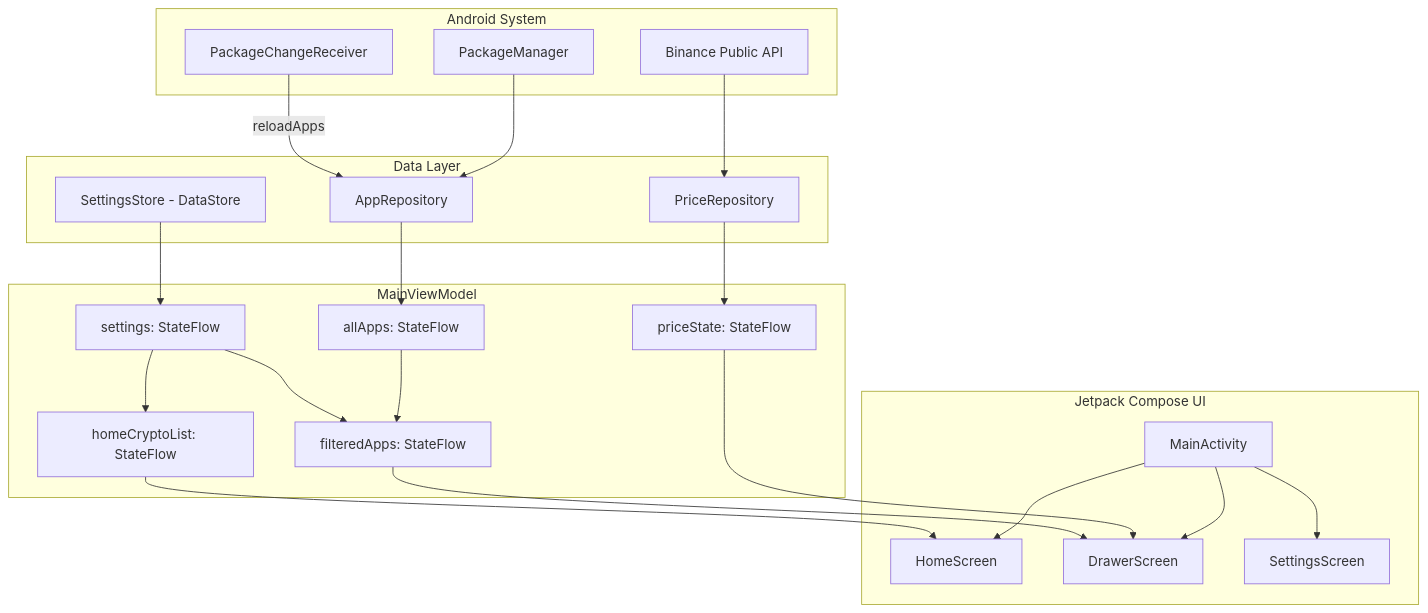
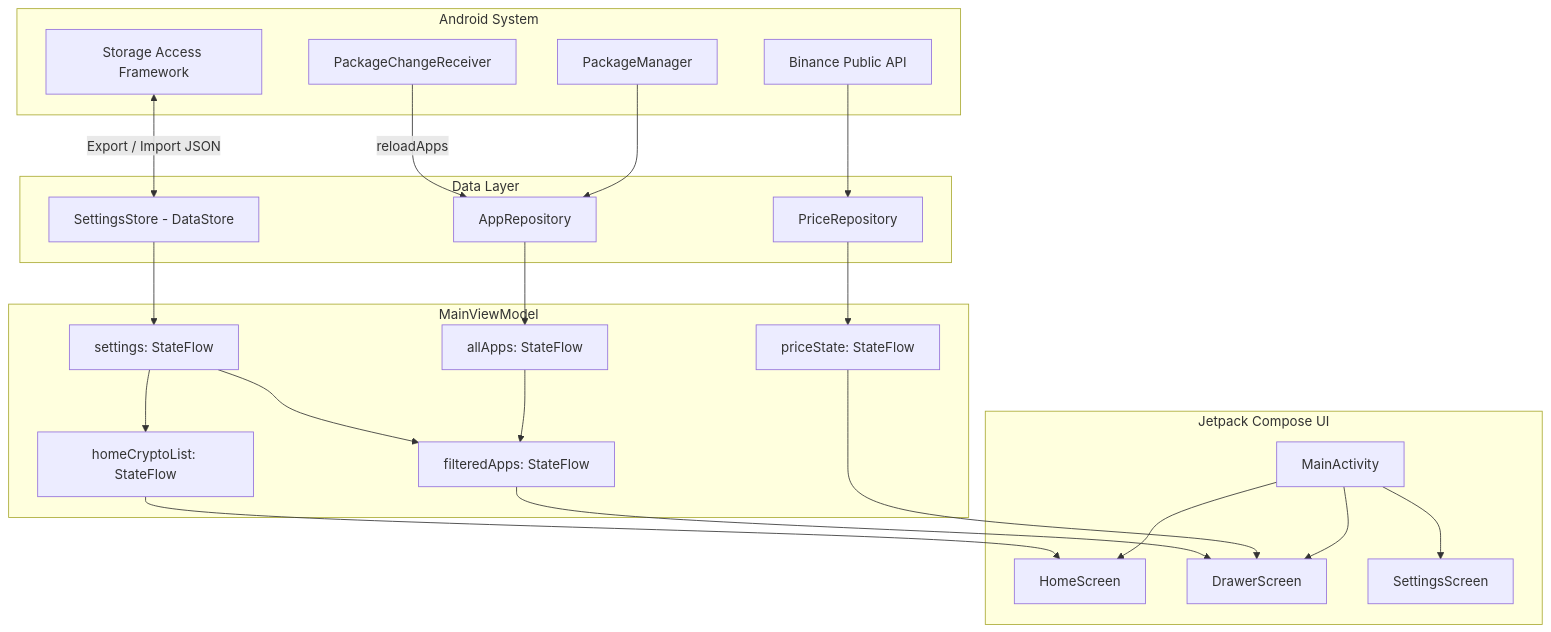
One commit to XppaiCyberr/nounishlauncher changed the diagram in PROJECT_OVERVIEW.md. Above: the diagram before and after it, drawn with Mermaid. The commit also changed other lines of this file and 9 other files, not shown here.

````diff
--- a/PROJECT_OVERVIEW.md
+++ b/PROJECT_OVERVIEW.md
@@ -146,48 +158,50 @@
 ```mermaid
 flowchart TD
     subgraph System ["Android System"]
         PM[PackageManager]
         BCR[PackageChangeReceiver]
+        SAF[Storage Access Framework]
         Binance[Binance Public API]
     end
 
     subgraph DataLayer ["Data Layer"]
         AppRepo[AppRepository]
         SetStore[SettingsStore - DataStore]
         PriceRepo[PriceRepository]
     end
 
     subgraph ViewModel ["MainViewModel"]
         AllApps[allApps: StateFlow]
         SettingsState[settings: StateFlow]
         FilteredApps[filteredApps: StateFlow]
         HomeCrypto[homeCryptoList: StateFlow]
         PriceState[priceState: StateFlow]
     end
 
     subgraph UI ["Jetpack Compose UI"]
         MainAct[MainActivity]
         Home[HomeScreen]
         Drawer[DrawerScreen]
         Settings[SettingsScreen]
     end
 
     PM --> AppRepo
     BCR -->|reloadApps| AppRepo
     AppRepo --> AllApps
     SetStore --> SettingsState
     Binance --> PriceRepo
     PriceRepo --> PriceState
+    SAF <-->|Export / Import JSON| SetStore
 
     AllApps --> FilteredApps
     SettingsState --> FilteredApps
     SettingsState --> HomeCrypto
 
     MainAct --> Home
     MainAct --> Drawer
     MainAct --> Settings
 
     HomeCrypto --> Home
     PriceState --> Drawer
     FilteredApps --> Drawer
 ```
````
